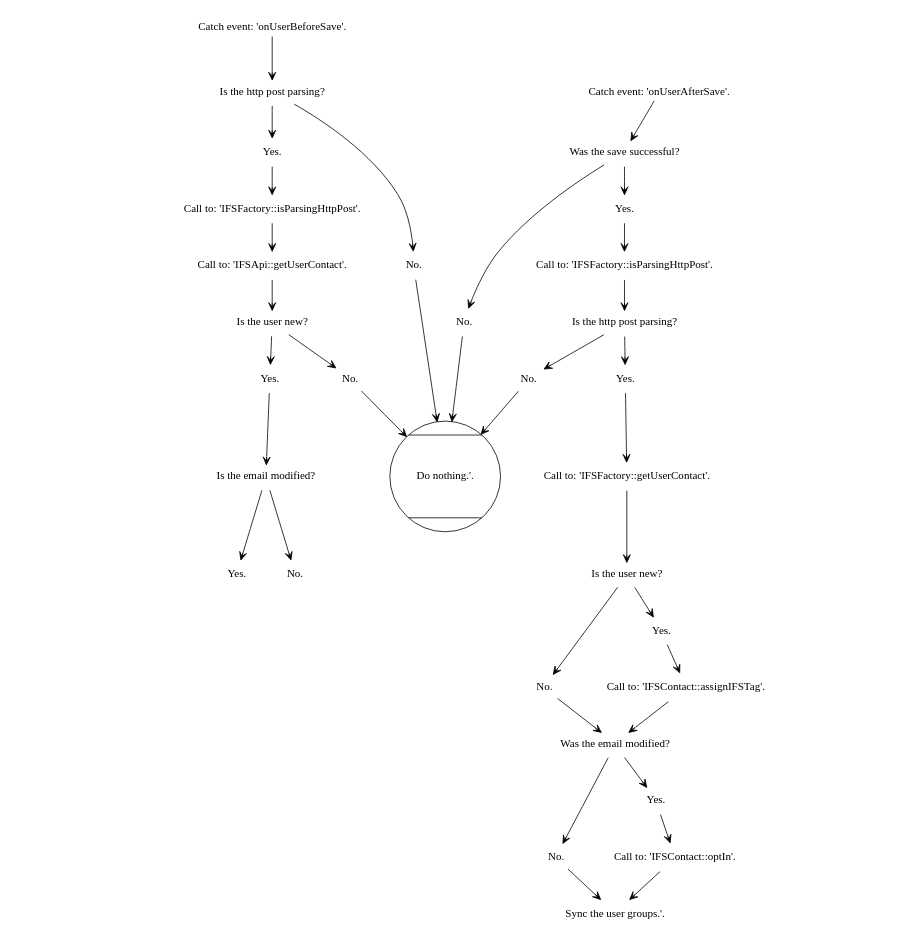
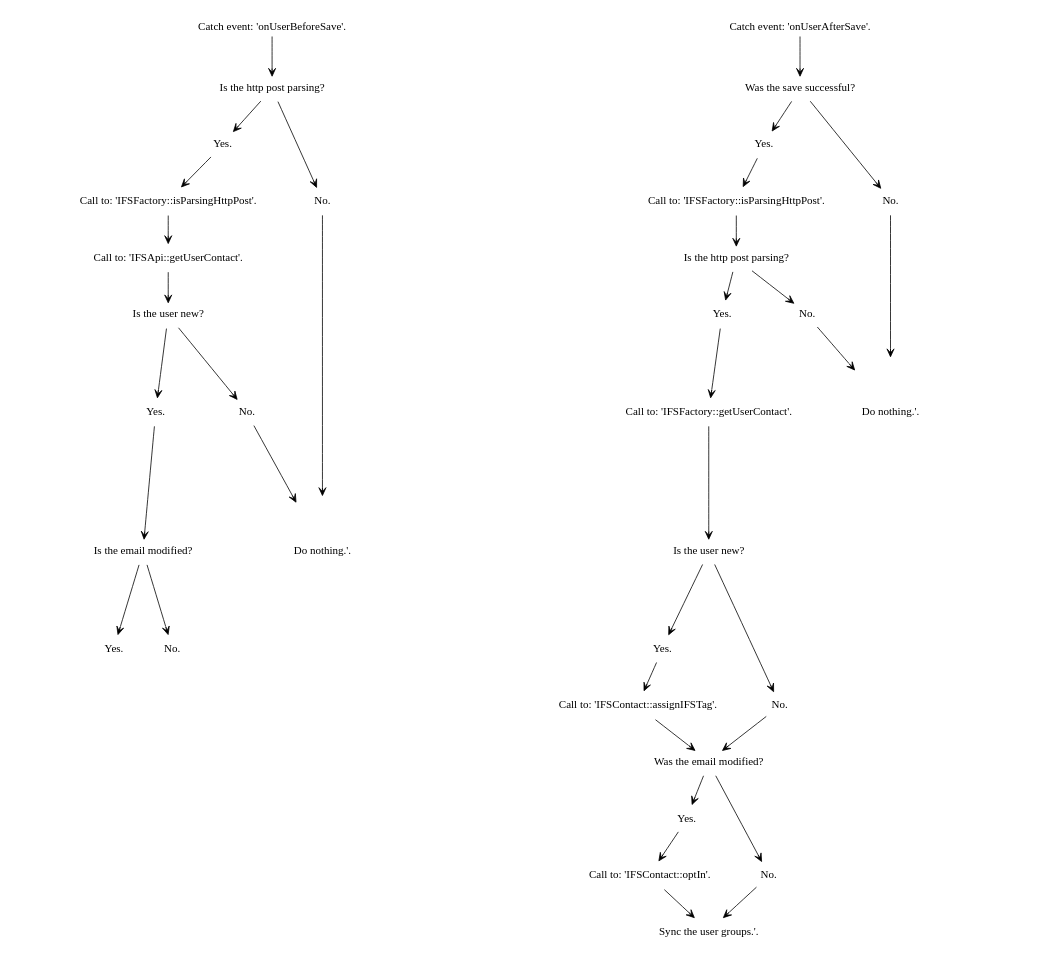
The diagram in docs/procedures/upload_user.rst (treste91/JoomFuse), drawn with Graphviz before and after one commit.

```diff
--- a/docs/procedures/upload_user.rst
+++ b/docs/procedures/upload_user.rst
@@ -24,6 +24,7 @@
         10 [label="Is the email modified?" shape=invhouse]
         11 [label="Yes." shape=oval]
         12 [label="No." shape=oval]
+        13 [label="Do nothing.'." shape=Mcircle]
         
       }
       
@@ -52,21 +53,20 @@
         29 [label="No." shape=oval]
         30 [label="Call to: 'IFSContact::optIn'." shape=rectangle]
         31 [label="Sync the user groups.'." shape=rectangle]
+        32 [label="Do nothing.'." shape=Mcircle]
         
       }
-      
-      32 [label="Do nothing.'." shape=Mcircle]
 
       1 -> 2 [arrowhead=vee arrowsize=1]
       2 -> 3 [arrowhead=vee arrowsize=1]
       2 -> 4 [arrowhead=vee arrowsize=1]
-      4 -> 32 [arrowhead=vee arrowsize=1]
+      4 -> 13 [arrowhead=vee arrowsize=1]
       3 -> 5 [arrowhead=vee arrowsize=1]
       5 -> 6 [arrowhead=vee arrowsize=1]
       6 -> 7 [arrowhead=vee arrowsize=1]
       7 -> 8 [arrowhead=vee arrowsize=1]
       7 -> 9 [arrowhead=vee arrowsize=1]
-      9 -> 32 [arrowhead=vee arrowsize=1]
+      9 -> 13 [arrowhead=vee arrowsize=1]
       8 -> 10 [arrowhead=vee arrowsize=1]
       10 -> 11 [arrowhead=vee arrowsize=1]
       10 -> 12 [arrowhead=vee arrowsize=1]
```
